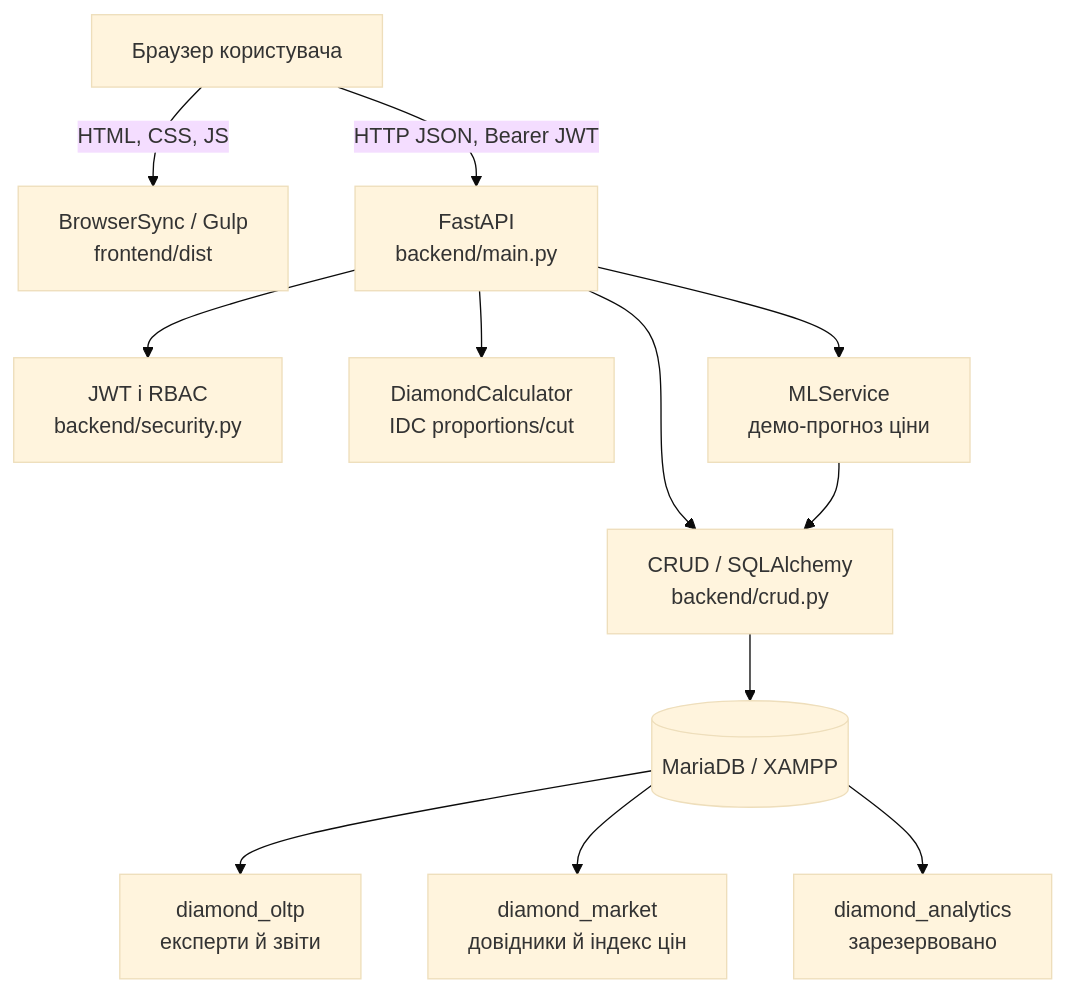
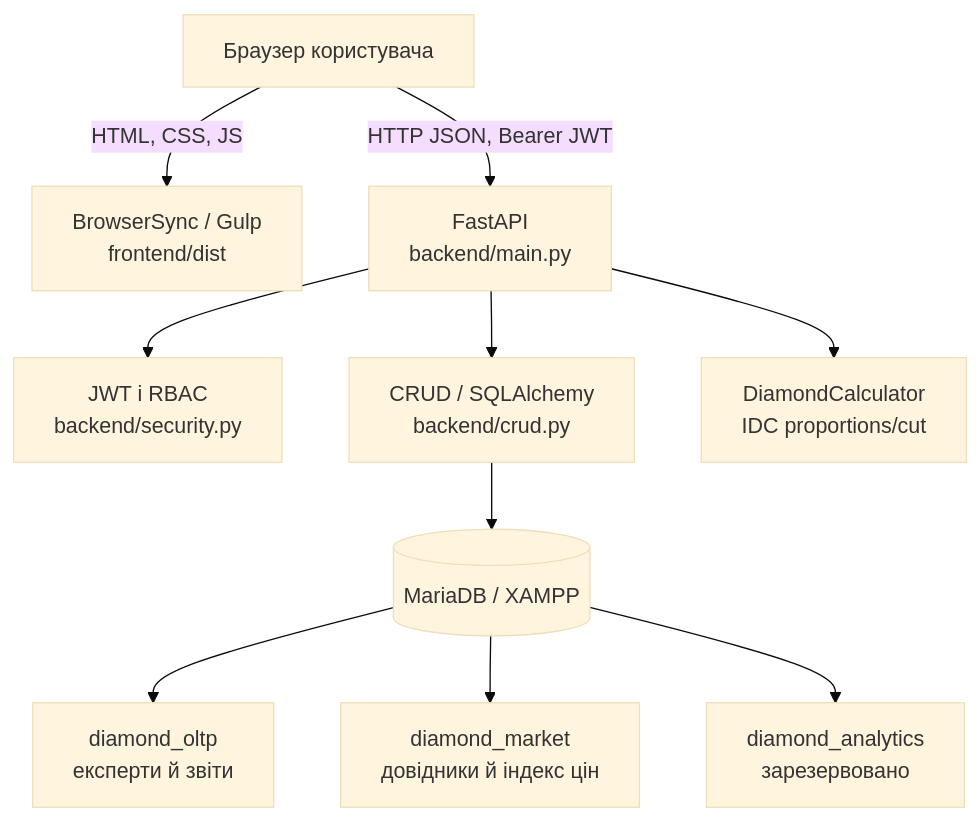
Before and after one commit to OlegBon/mntu_diplom_bachelors_agent: the diagram in docs/architecture.md, drawn with Mermaid (base theme). The commit also changed other lines of this file and 24 other files, not shown here.

````diff
--- a/docs/architecture.md
+++ b/docs/architecture.md
@@ -21,14 +21,12 @@
 ```mermaid
 graph TD
     A[Браузер користувача] -->|HTML, CSS, JS| B[BrowserSync / Gulp<br/>frontend/dist]
     A -->|HTTP JSON, Bearer JWT| C[FastAPI<br/>backend/main.py]
     C --> D[JWT і RBAC<br/>backend/security.py]
     C --> E[CRUD / SQLAlchemy<br/>backend/crud.py]
     E --> F[(MariaDB / XAMPP)]
     F --> G[diamond_oltp<br/>експерти й звіти]
     F --> H[diamond_market<br/>довідники й індекс цін]
     F --> I[diamond_analytics<br/>зарезервовано]
     C --> J[DiamondCalculator<br/>IDC proportions/cut]
-    C --> K[MLService<br/>демо-прогноз ціни]
-    K --> E
 ```
````
